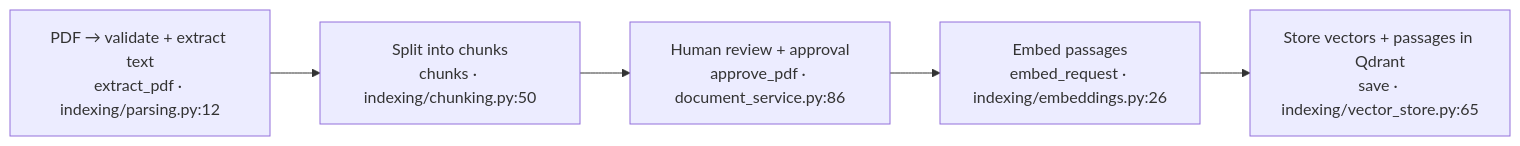
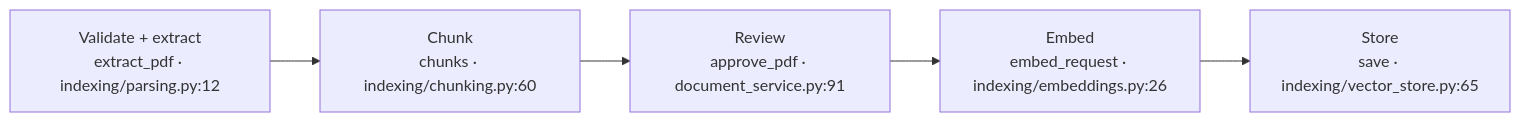
One commit to jerrybuks/relay-support-workbench changed the first of 2 diagrams in docs/teaching/CONTACT_2_REHEARSAL_GUIDE.md. Above: the diagram before and after it, drawn with Mermaid. The commit also changed other lines of this file, not shown here.

````diff
--- a/docs/teaching/CONTACT_2_REHEARSAL_GUIDE.md
+++ b/docs/teaching/CONTACT_2_REHEARSAL_GUIDE.md
@@ -107,7 +109,7 @@
 ```mermaid
 flowchart LR
-    A["PDF → validate + extract text<br/>extract_pdf · indexing/parsing.py:12"] --> B["Split into chunks<br/>chunks · indexing/chunking.py:50"]
-    B --> C["Human review + approval<br/>approve_pdf · document_service.py:86"]
-    C --> D["Embed passages<br/>embed_request · indexing/embeddings.py:26"]
-    D --> E["Store vectors + passages in Qdrant<br/>save · indexing/vector_store.py:65"]
+    A["Validate + extract<br/>extract_pdf · indexing/parsing.py:12"] --> B["Chunk<br/>chunks · indexing/chunking.py:60"]
+    B --> C["Review<br/>approve_pdf · document_service.py:91"]
+    C --> D["Embed<br/>embed_request · indexing/embeddings.py:26"]
+    D --> E["Store<br/>save · indexing/vector_store.py:65"]
 ```
````
